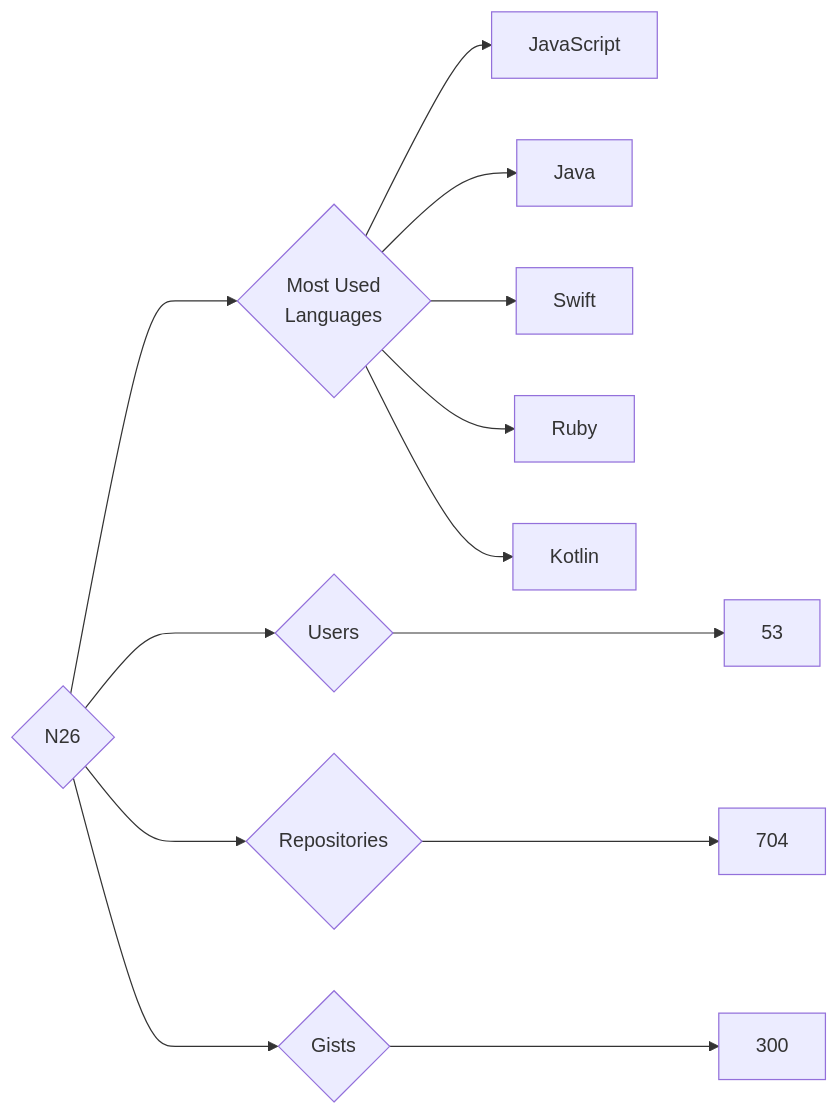
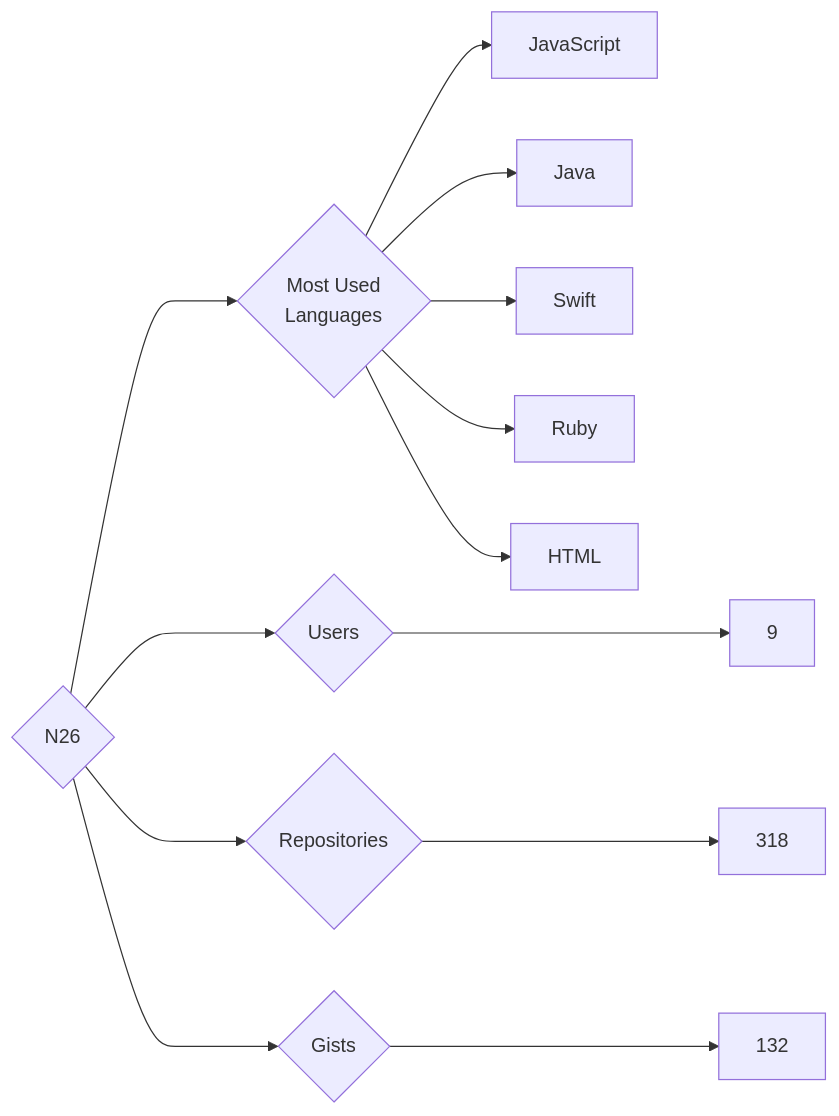
The diagram in targets/N26/README.md (trickest/insiders), drawn with Mermaid before and after one commit. The commit also changed 444 other files, not shown here.

````diff
--- a/targets/N26/README.md
+++ b/targets/N26/README.md
@@ -3,13 +3,13 @@
 ```mermaid
 graph LR
 COMPANY_NAME{N26}
-COMPANY_NAME ---> U{Users} ---> UN[53]
-COMPANY_NAME ---> R{Repositories} ---> RN[704]
-COMPANY_NAME ---> G{Gists} ---> GN[300]
+COMPANY_NAME ---> U{Users} ---> UN[9]
+COMPANY_NAME ---> R{Repositories} ---> RN[318]
+COMPANY_NAME ---> G{Gists} ---> GN[132]
 COMPANY_NAME ---> ML{Most Used<br>Languages}
 ML --> JavaScript[JavaScript]
 ML --> Java[Java]
 ML --> Swift[Swift]
 ML --> Ruby[Ruby]
-ML --> Kotlin[Kotlin]
+ML --> HTML[HTML]
 ```
````
